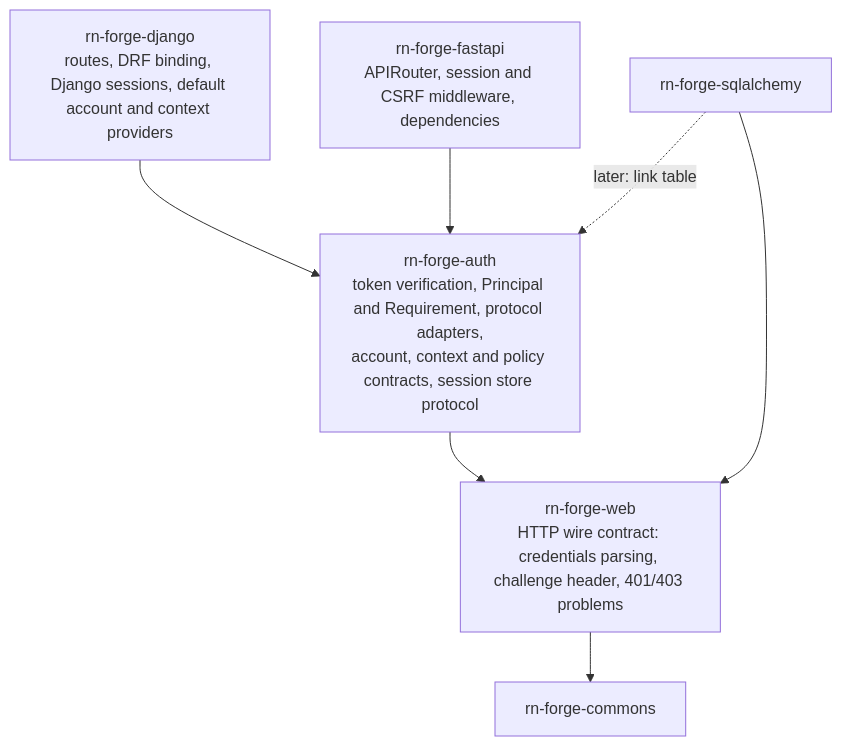
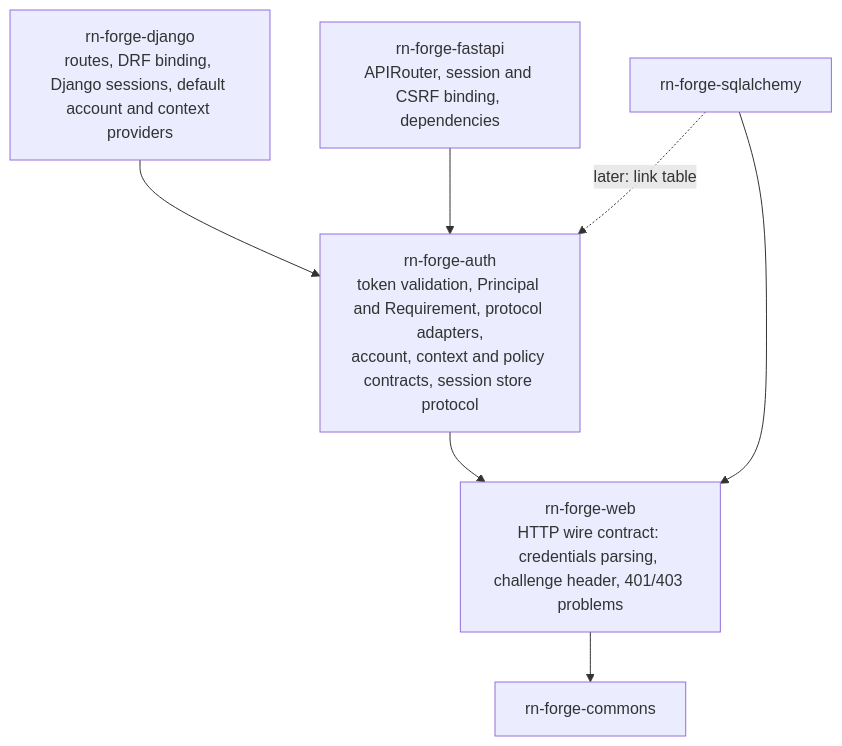
Before and after one commit to rn-forge/pykit: diagram 12 of 12 in docs/specs/epics/E13-auth/design.md, drawn with Mermaid. The commit also changed other lines of this file and 9 other files, not shown here.

````diff
--- a/docs/specs/epics/E13-auth/design.md
+++ b/docs/specs/epics/E13-auth/design.md
@@ -733,14 +936,14 @@
 ```mermaid
 flowchart TB
   DJ["rn-forge-django<br/>routes, DRF binding, Django sessions, default account and context providers"]
-  FA["rn-forge-fastapi<br/>APIRouter, session and CSRF middleware, dependencies"]
+  FA["rn-forge-fastapi<br/>APIRouter, session and CSRF binding, dependencies"]
   SA["rn-forge-sqlalchemy"]
-  AU["rn-forge-auth<br/>token verification, Principal and Requirement, protocol adapters,<br/>account, context and policy contracts, session store protocol"]
+  AU["rn-forge-auth<br/>token validation, Principal and Requirement, protocol adapters,<br/>account, context and policy contracts, session store protocol"]
   WE["rn-forge-web<br/>HTTP wire contract: credentials parsing, challenge header, 401/403 problems"]
   CO["rn-forge-commons"]
   DJ --> AU
   FA --> AU
   SA -. "later: link table" .-> AU
   AU --> WE --> CO
   SA --> WE
 ```
````
